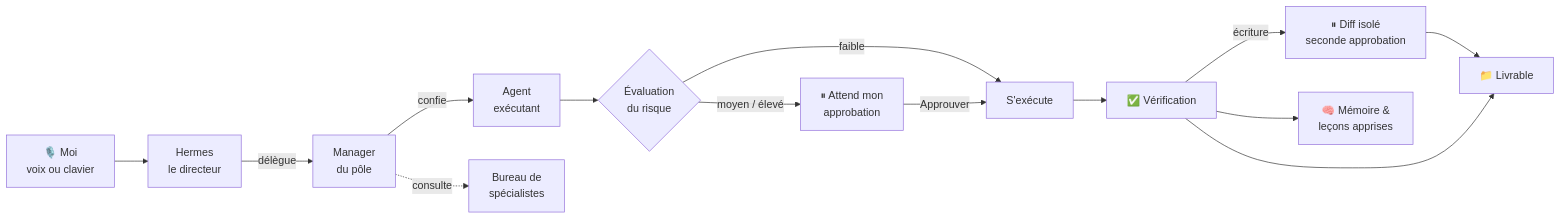
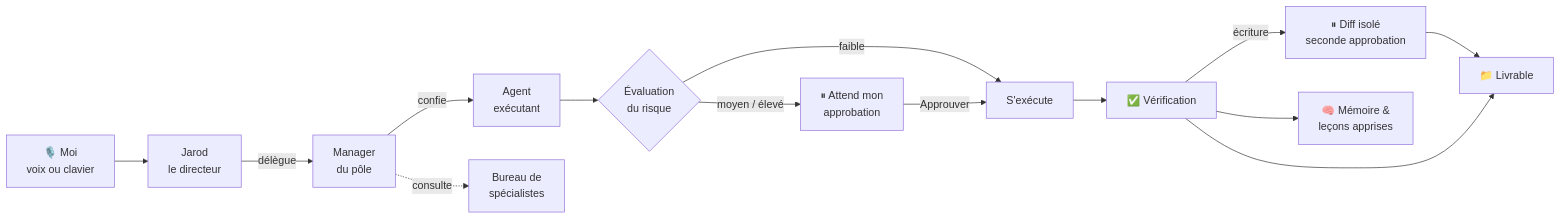
The first of 3 diagrams in README.fr.md (Dow08/OS-Agentique_showcase), drawn with Mermaid before and after one commit. The commit also changed other lines of this file and 45 other files, not shown here.

First line of the commit message:
Le directeur s'appelle Jarod : vitrine, captures, vidéos

````diff
--- a/README.fr.md
+++ b/README.fr.md
@@ -57,16 +57,16 @@
 ```mermaid
 flowchart LR
-    A["🎙️ Moi<br/>voix ou clavier"] --> B["Hermes<br/>le directeur"]
+    A["🎙️ Moi<br/>voix ou clavier"] --> B["Jarod<br/>le directeur"]
     B -->|délègue| C["Manager<br/>du pôle"]
     C -->|confie| D["Agent<br/>exécutant"]
     C -.->|consulte| S["Bureau de<br/>spécialistes"]
     D --> E{"Évaluation<br/>du risque"}
     E -->|faible| F["S'exécute"]
     E -->|moyen / élevé| G["⏸ Attend mon<br/>approbation"]
     G -->|Approuver| F
     F --> H["✅ Vérification"]
     H -->|écriture| H2["⏸ Diff isolé<br/>seconde approbation"]
     H2 --> I
     H --> I["📁 Livrable"]
     H --> J["🧠 Mémoire &<br/>leçons apprises"]
 ```
````
